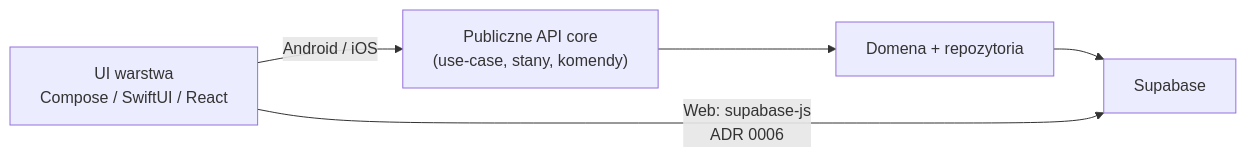
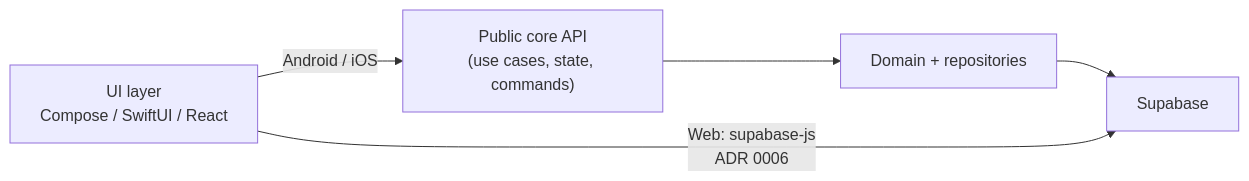
The diagram in docs/architecture/shared-core.md (MarekBiolik/GymManager), drawn with Mermaid before and after one commit. The commit also changed other lines of this file and 29 other files, not shown here.

First line of the commit message:
docs: translate architecture foundations to English

````diff
--- a/docs/architecture/shared-core.md
+++ b/docs/architecture/shared-core.md
@@ -29,11 +29,11 @@
 ```mermaid
 flowchart LR
-  UI["UI warstwa\nCompose / SwiftUI / React"]
-  Facade["Publiczne API core\n(use-case, stany, komendy)"]
-  Dom["Domena + repozytoria"]
+  UI["UI layer\nCompose / SwiftUI / React"]
+  Facade["Public core API\n(use cases, state, commands)"]
+  Dom["Domain + repositories"]
   Supa["Supabase"]
   UI -->|"Android / iOS"| Facade
   Facade --> Dom
   Dom --> Supa
   UI -->|"Web: supabase-js\nADR 0006"| Supa
 ```
````
